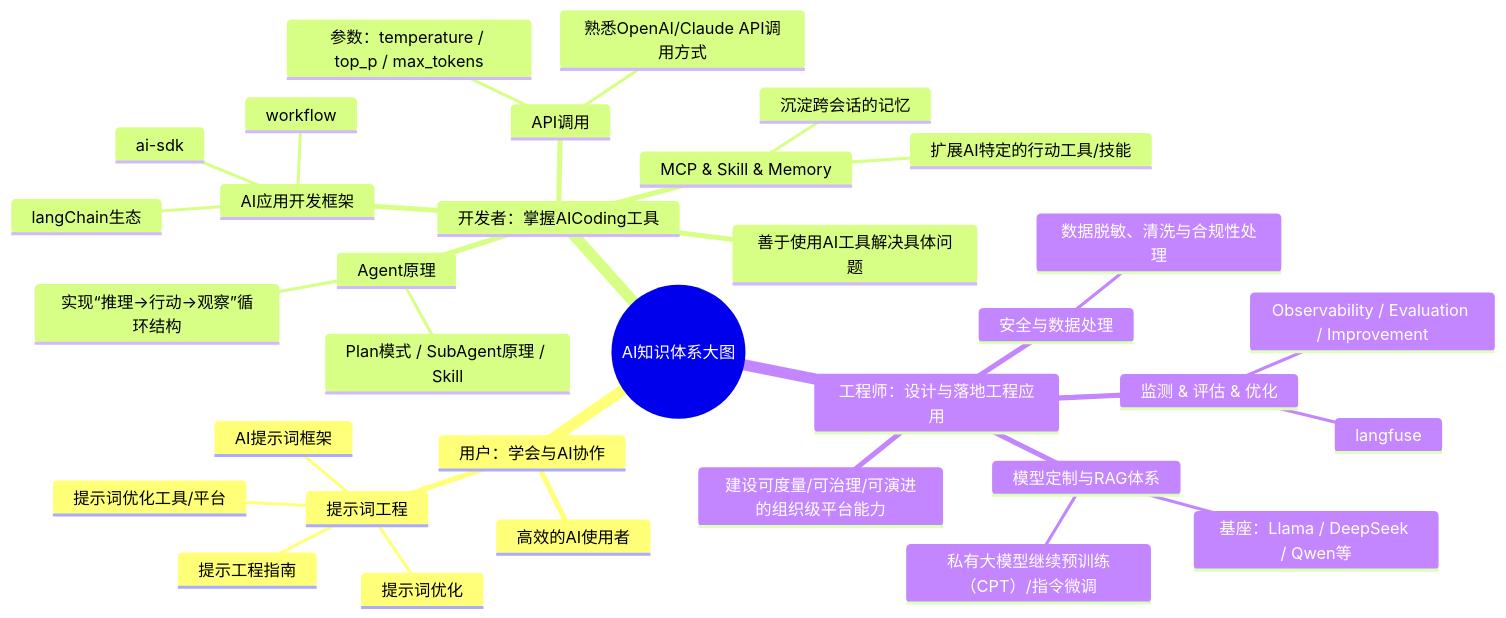
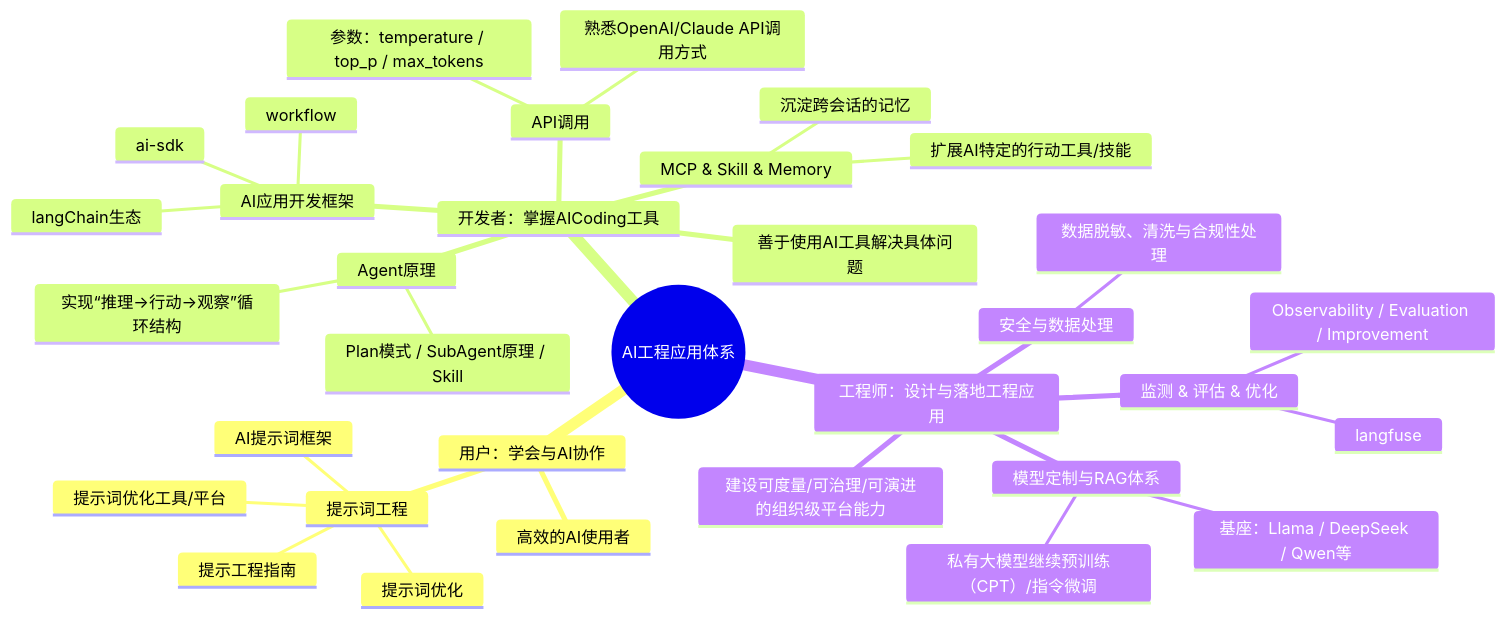
The diagram in src/index.md (raylotane/raylotan-blog), drawn with Mermaid before and after one commit.

Commit message:
docs: 更新首页脑图标题为 AI工程应用体系

```diff
--- a/src/index.md
+++ b/src/index.md
@@ -27,36 +27,36 @@
 :::mermaid
 mindmap
-  root((AI知识体系大图))
+  root((AI工程应用体系))
     用户：学会与AI协作
       高效的AI使用者
       提示词工程
         提示工程指南
         AI提示词框架
         提示词优化
         提示词优化工具/平台
     开发者：掌握AICoding工具
       善于使用AI工具解决具体问题
       API调用
         熟悉OpenAI/Claude API调用方式
         参数：temperature / top_p / max_tokens
       MCP & Skill & Memory
         扩展AI特定的行动工具/技能
         沉淀跨会话的记忆
       AI应用开发框架
         ai-sdk
         langChain生态
         workflow
       Agent原理
         实现“推理->行动->观察”循环结构
         Plan模式 / SubAgent原理 / Skill
     工程师：设计与落地工程应用
       建设可度量/可治理/可演进的组织级平台能力
       模型定制与RAG体系
         私有大模型继续预训练（CPT）/指令微调
         基座：Llama / DeepSeek / Qwen等
       监测 & 评估 & 优化
         Observability / Evaluation / Improvement
         langfuse
       安全与数据处理
         数据脱敏、清洗与合规性处理
 :::
```
